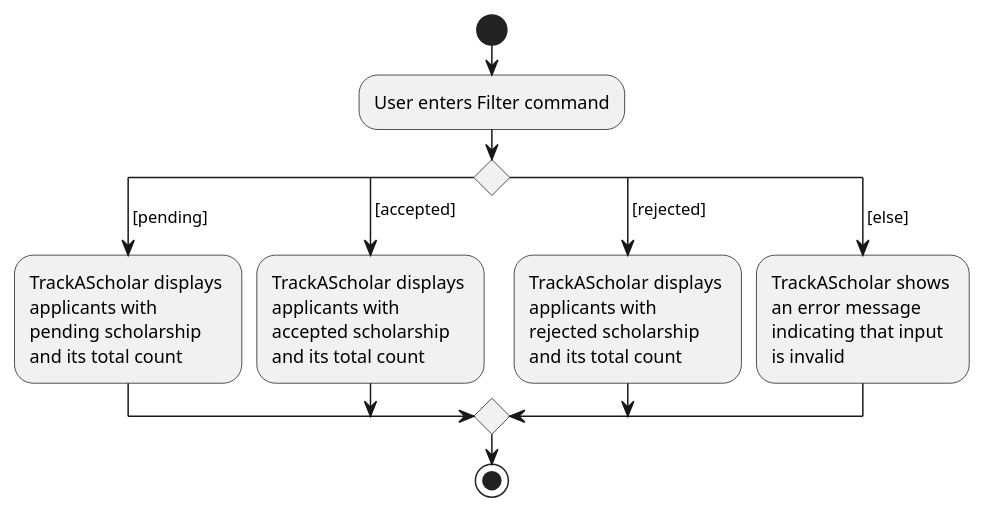
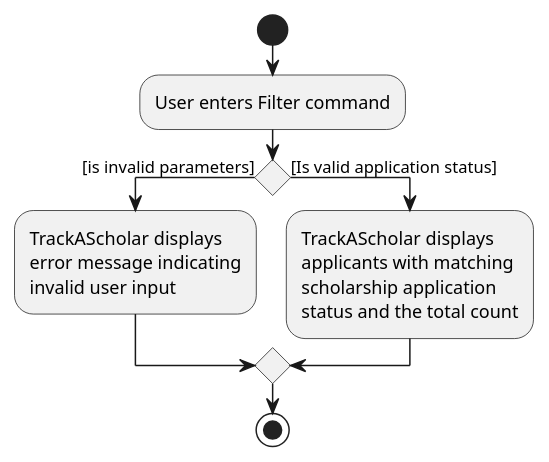
One commit to nus-cs2103-AY2223S1/tp changed the diagram in docs/diagrams/FilterCommandActivityDiagram.puml. Above: the diagram before and after it, drawn with PlantUML. The commit also changed 23 other files, not shown here.

Commit message:
Update Activity and Sequence diagrams in Developer Guide

```diff
--- a/docs/diagrams/FilterCommandActivityDiagram.puml
+++ b/docs/diagrams/FilterCommandActivityDiagram.puml
@@ -1,18 +1,14 @@
 @startuml
 start
 :User enters Filter command;
 
 
-switch ()
-case ( [pending] )
-  :TrackAScholar displays \napplicants with \npending scholarship \nand its total count;
-case ( [accepted] )
-  :TrackAScholar displays \napplicants with \naccepted scholarship \nand its total count;
-case ( [rejected])
-  :TrackAScholar displays \napplicants with \nrejected scholarship \nand its total count;
-case ( [else] )
-  :TrackAScholar shows \nan error message \nindicating that input \nis invalid;
+if () then ([is invalid parameters])
+    :TrackAScholar displays\nerror message indicating\ninvalid user input;
 
-endswitch
+else ([Is valid application status])
+    :TrackAScholar displays\napplicants with matching\nscholarship application\nstatus and the total count;
+
+endif
 stop
 @enduml
```
